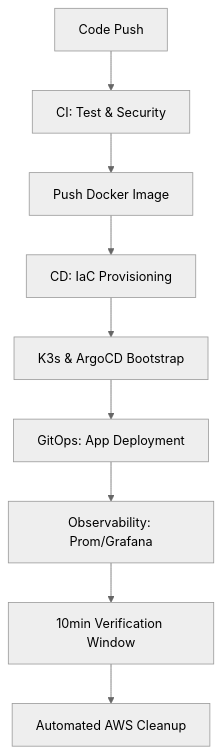
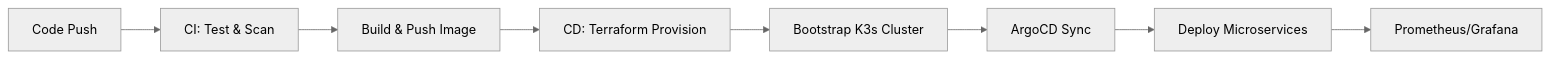
The diagram in README.md (thomasasamba-bot/fastapi-ci-cd-project), drawn with Mermaid (neutral theme) before and after one commit. The commit also changed other lines of this file and 8 other files, not shown here.

````diff
--- a/README.md
+++ b/README.md
@@ -12,11 +17,10 @@
 ```mermaid
-graph TD
-    A[Code Push] --> B[CI: Test & Security]
-    B --> C[Push Docker Image]
-    C --> D[CD: IaC Provisioning]
-    D --> E[K3s & ArgoCD Bootstrap]
-    E --> F[GitOps: App Deployment]
-    F --> G[Observability: Prom/Grafana]
-    G --> H[10min Verification Window]
-    H --> I[Automated AWS Cleanup]
+graph LR
+    Push[Code Push] --> CI[CI: Test & Scan]
+    CI --> Build[Build & Push Image]
+    Build --> CD[CD: Terraform Provision]
+    CD --> K8s[Bootstrap K3s Cluster]
+    K8s --> Argo[ArgoCD Sync]
+    Argo --> App[Deploy Microservices]
+    App --> Obs[Prometheus/Grafana]
 ```
````
